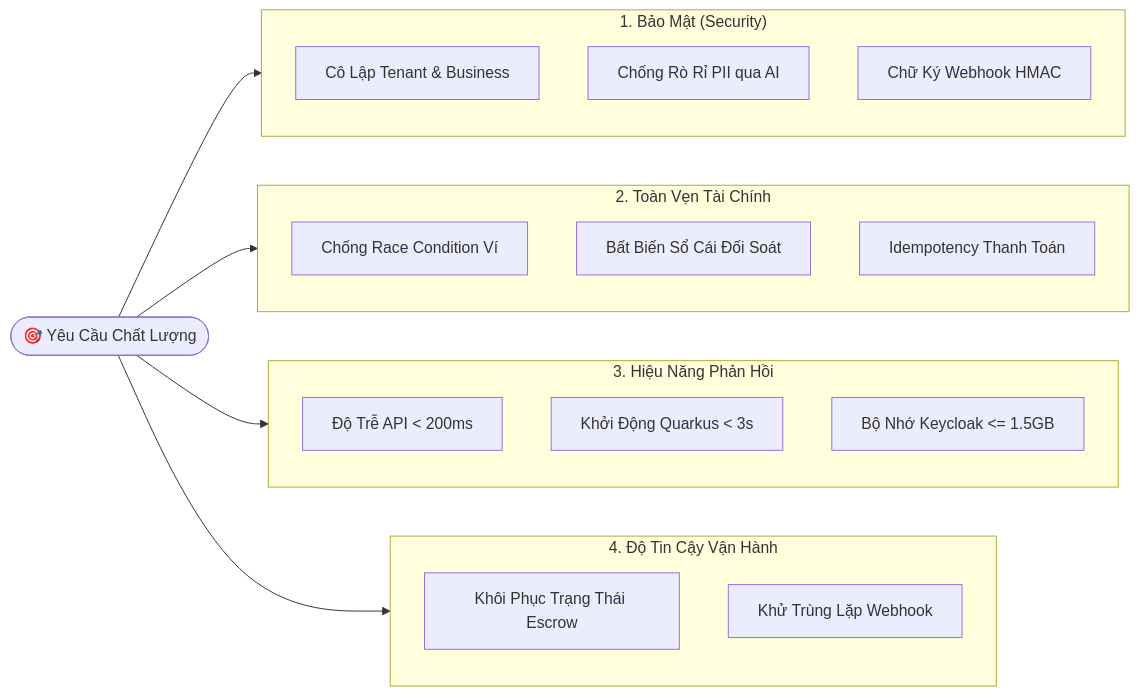
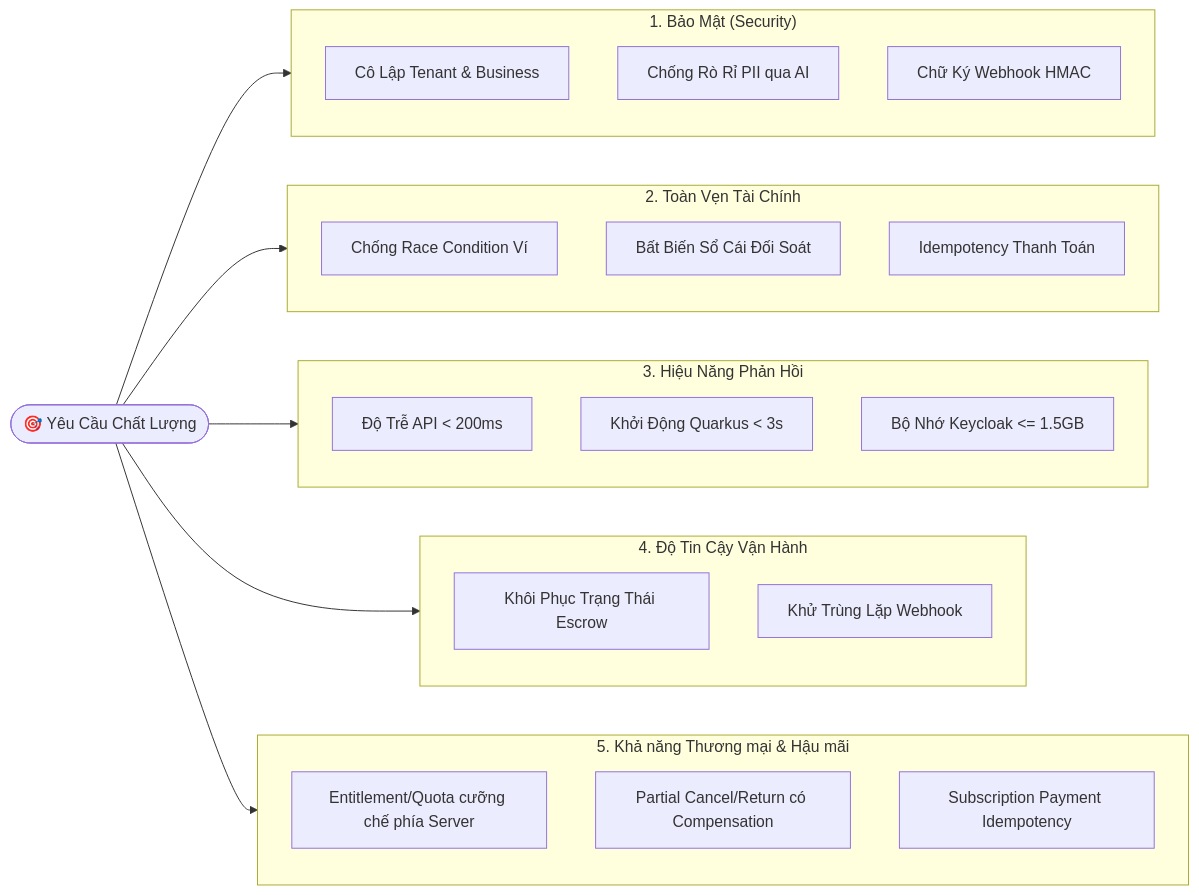
Diagram 16 of 17 in docs/ARCHITECTURE_ARC42.md (nhimtjofc/v-erp-lite), drawn with Mermaid before and after one commit. The commit also changed other lines of this file and 3 other files, not shown here.

````diff
--- a/docs/ARCHITECTURE_ARC42.md
+++ b/docs/ARCHITECTURE_ARC42.md
@@ -714,32 +906,39 @@
 ```mermaid
 flowchart LR
     Root(["🎯 Yêu Cầu Chất Lượng"])
 
     subgraph Sec ["1. Bảo Mật (Security)"]
         Sec1["Cô Lập Tenant & Business"]
         Sec2["Chống Rò Rỉ PII qua AI"]
         Sec3["Chữ Ký Webhook HMAC"]
     end
 
     subgraph Fin ["2. Toàn Vẹn Tài Chính"]
         Fin1["Chống Race Condition Ví"]
         Fin2["Bất Biến Sổ Cái Đối Soát"]
         Fin3["Idempotency Thanh Toán"]
     end
 
     subgraph Perf ["3. Hiệu Năng Phản Hồi"]
         Perf1["Độ Trễ API < 200ms"]
         Perf2["Khởi Động Quarkus < 3s"]
         Perf3["Bộ Nhớ Keycloak <= 1.5GB"]
     end
 
     subgraph Rel ["4. Độ Tin Cậy Vận Hành"]
         Rel1["Khôi Phục Trạng Thái Escrow"]
         Rel2["Khử Trùng Lặp Webhook"]
     end
 
+    subgraph Comm ["5. Khả năng Thương mại & Hậu mãi"]
+        Comm1["Entitlement/Quota cưỡng chế phía Server"]
+        Comm2["Partial Cancel/Return có Compensation"]
+        Comm3["Subscription Payment Idempotency"]
+    end
+
     Root --> Sec
     Root --> Fin
     Root --> Perf
     Root --> Rel
+    Root --> Comm
 ```
````
